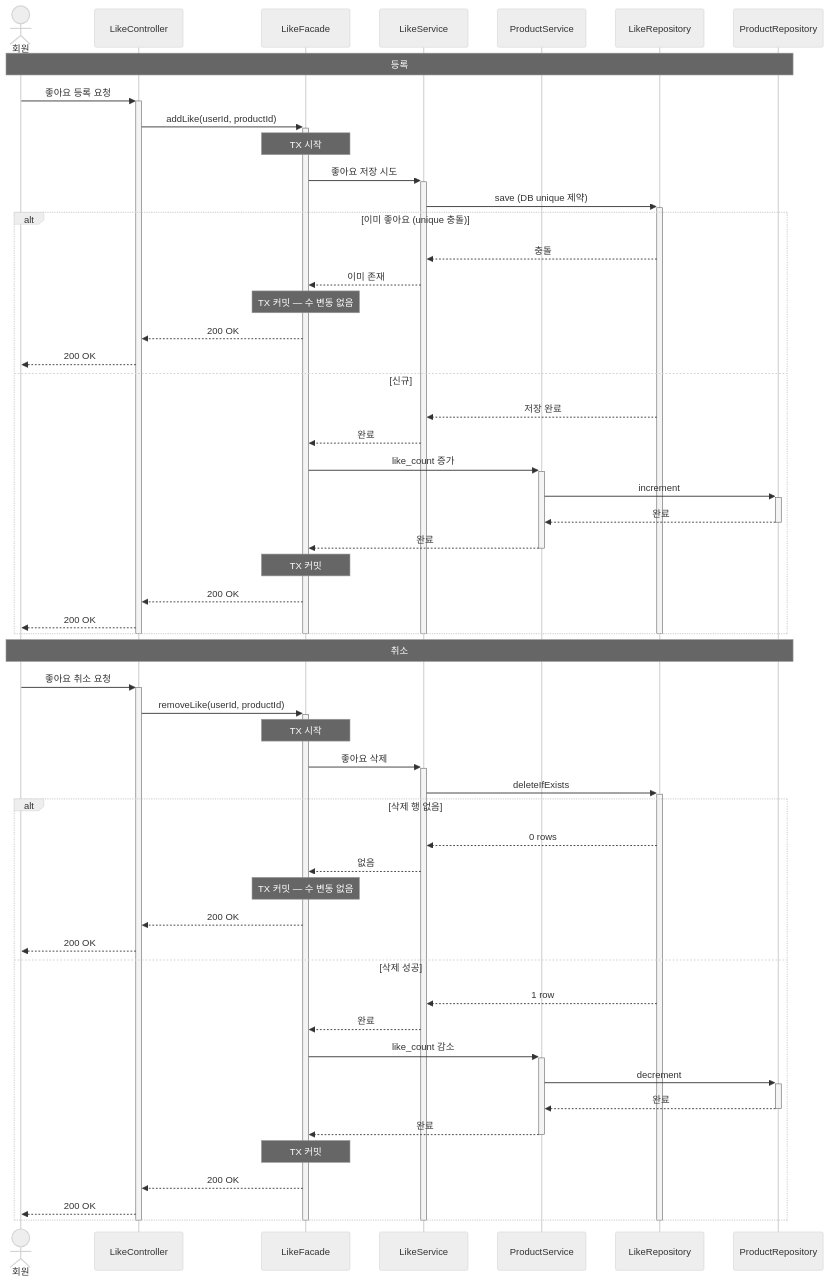
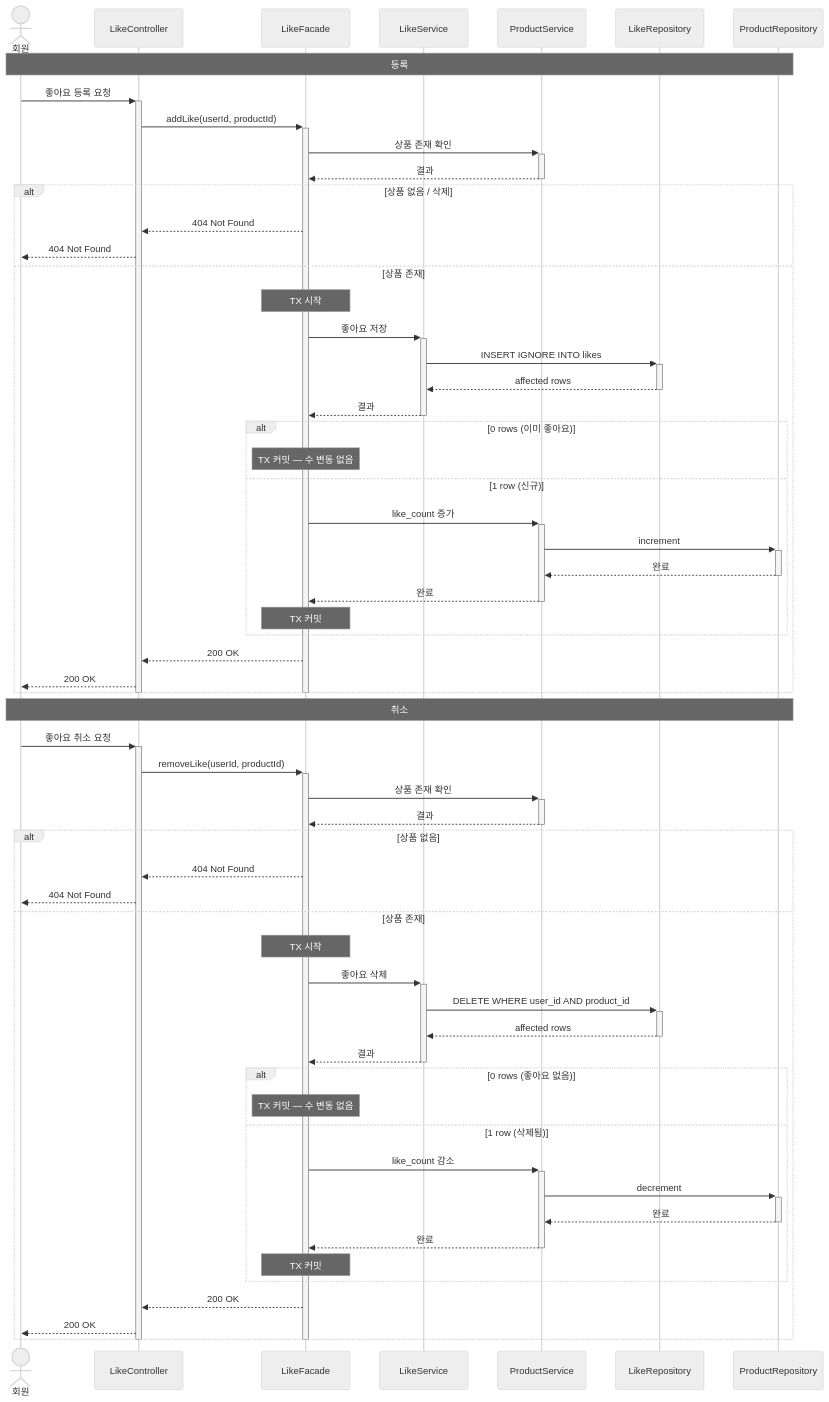
The fourth of 6 diagrams in docs/week2/02-sequence-diagrams.md (loopers-labs/loop-pack-be-l2-vol4-java), drawn with Mermaid (neutral theme) before and after one commit. The commit also changed other lines of this file, not shown here.

Commit message:
docs: 시퀀스 다이어그램 구현 결정 보완 - 상품 검증·멱등 패턴·예외·스냅샷 소스 확정

````diff
--- a/docs/week2/02-sequence-diagrams.md
+++ b/docs/week2/02-sequence-diagrams.md
@@ -156,66 +156,68 @@
 ```mermaid
 sequenceDiagram
     actor M as 회원
     participant C as LikeController
     participant F as LikeFacade
     participant LS as LikeService
     participant PS as ProductService
     participant LR as LikeRepository
     participant PR as ProductRepository
 
     Note over M,PR: 등록
     M->>+C: 좋아요 등록 요청
     C->>+F: addLike(userId, productId)
-    Note over F: TX 시작
-    F->>+LS: 좋아요 저장 시도
-    LS->>+LR: save (DB unique 제약)
-    alt 이미 좋아요 (unique 충돌)
-        LR-->>LS: 충돌
-        LS-->>F: 이미 존재
-        Note over F: TX 커밋 — 수 변동 없음
-        F-->>C: 200 OK
-        C-->>M: 200 OK
-    else 신규
-        LR-->>LS: 저장 완료
-        LS-->>F: 완료
-        F->>+PS: like_count 증가
-        PS->>+PR: increment
-        PR-->>-PS: 완료
-        PS-->>-F: 완료
-        Note over F: TX 커밋
+    F->>+PS: 상품 존재 확인
+    PS-->>-F: 결과
+    alt 상품 없음 / 삭제
+        F-->>C: 404 Not Found
+        C-->>M: 404 Not Found
+    else 상품 존재
+        Note over F: TX 시작
+        F->>+LS: 좋아요 저장
+        LS->>+LR: INSERT IGNORE INTO likes
+        LR-->>-LS: affected rows
+        LS-->>-F: 결과
+        alt 0 rows (이미 좋아요)
+            Note over F: TX 커밋 — 수 변동 없음
+        else 1 row (신규)
+            F->>+PS: like_count 증가
+            PS->>+PR: increment
+            PR-->>-PS: 완료
+            PS-->>-F: 완료
+            Note over F: TX 커밋
+        end
         F-->>C: 200 OK
         C-->>M: 200 OK
     end
-    deactivate LR
-    deactivate LS
     deactivate F
     deactivate C
 
     Note over M,PR: 취소
     M->>+C: 좋아요 취소 요청
     C->>+F: removeLike(userId, productId)
-    Note over F: TX 시작
-    F->>+LS: 좋아요 삭제
-    LS->>+LR: deleteIfExists
-    alt 삭제 행 없음
-        LR-->>LS: 0 rows
-        LS-->>F: 없음
-        Note over F: TX 커밋 — 수 변동 없음
-        F-->>C: 200 OK
-        C-->>M: 200 OK
-    else 삭제 성공
-        LR-->>LS: 1 row
-        LS-->>F: 완료
-        F->>+PS: like_count 감소
-        PS->>+PR: decrement
-        PR-->>-PS: 완료
-        PS-->>-F: 완료
-        Note over F: TX 커밋
+    F->>+PS: 상품 존재 확인
+    PS-->>-F: 결과
+    alt 상품 없음
+        F-->>C: 404 Not Found
+        C-->>M: 404 Not Found
+    else 상품 존재
+        Note over F: TX 시작
+        F->>+LS: 좋아요 삭제
+        LS->>+LR: DELETE WHERE user_id AND product_id
+        LR-->>-LS: affected rows
+        LS-->>-F: 결과
+        alt 0 rows (좋아요 없음)
+            Note over F: TX 커밋 — 수 변동 없음
+        else 1 row (삭제됨)
+            F->>+PS: like_count 감소
+            PS->>+PR: decrement
+            PR-->>-PS: 완료
+            PS-->>-F: 완료
+            Note over F: TX 커밋
+        end
         F-->>C: 200 OK
         C-->>M: 200 OK
     end
-    deactivate LR
-    deactivate LS
     deactivate F
     deactivate C
 ```
````
